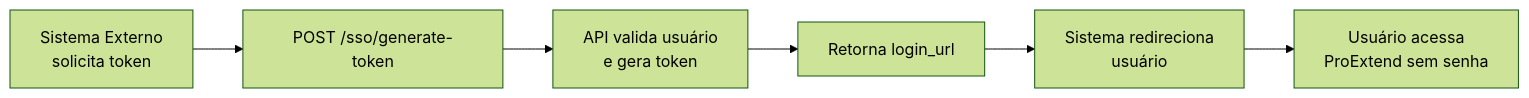
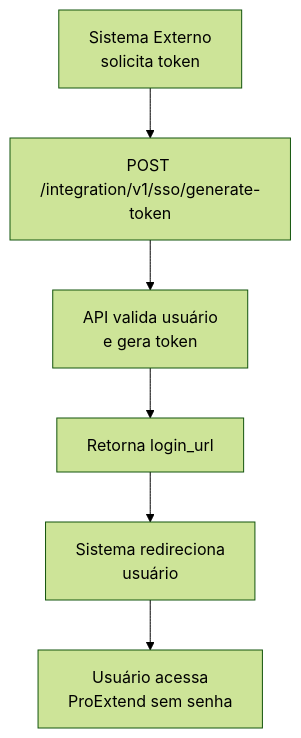
The diagram in docs/sso.md (ldasistemas/proextend-integration-docs), drawn with Mermaid (forest theme) before and after one commit. The commit also changed other lines of this file and 10 other files, not shown here.

````diff
--- a/docs/sso.md
+++ b/docs/sso.md
@@ -30,9 +30,9 @@
 ```mermaid
-flowchart LR
-    A[Sistema Externo\nsolicita token] --> B[POST /sso/generate-token]
+flowchart TD
+    A[Sistema Externo\nsolicita token] --> B[POST /integration/v1/sso/generate-token]
     B --> C[API valida usuário\ne gera token]
     C --> D[Retorna login_url]
     D --> E[Sistema redireciona\nusuário]
     E --> F[Usuário acessa\nProExtend sem senha]
 
 ```
````
